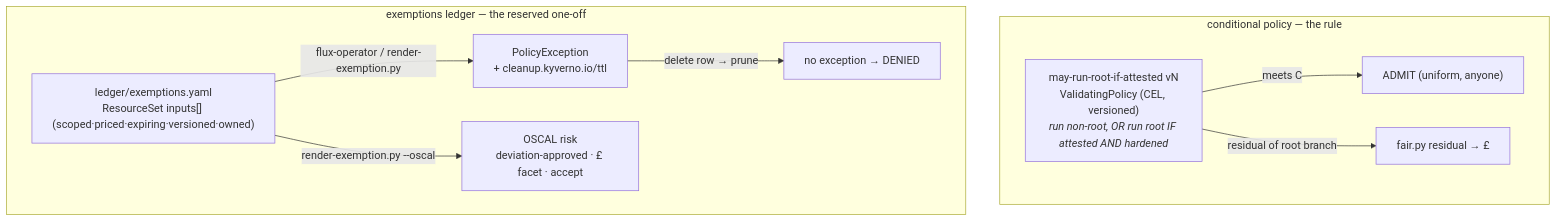
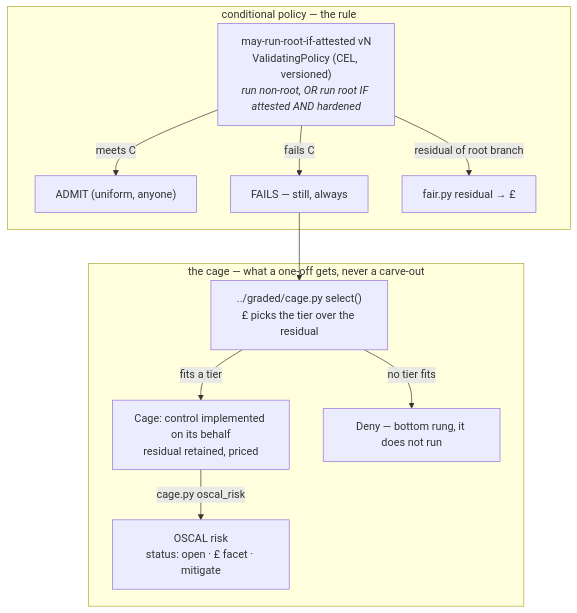
The diagram in policy/README.md (policy-as-versioned-platform/platform), drawn with Mermaid before and after one commit. The commit also changed other lines of this file and 14 other files, not shown here.

First line of the commit message:
Remove the exemption ledger; the cage produces its OSCAL risk (govern-05)

````diff
--- a/policy/README.md
+++ b/policy/README.md
@@ -12,14 +17,16 @@
 ```mermaid
 flowchart TB
     subgraph rule["conditional policy — the rule"]
       pol["may-run-root-if-attested vN<br/>ValidatingPolicy (CEL, versioned)<br/><i>run non-root, OR run root IF attested AND hardened</i>"]
       pol -->|meets C| admit["ADMIT (uniform, anyone)"]
+      pol -->|fails C| fail["FAILS — still, always"]
       pol -->|residual of root branch| gbp["fair.py residual → £"]
     end
-    subgraph led["exemptions ledger — the reserved one-off"]
-      row["ledger/exemptions.yaml<br/>ResourceSet inputs[] (scoped·priced·expiring·versioned·owned)"]
-      row -->|flux-operator / render-exemption.py| pe["PolicyException<br/>+ cleanup.kyverno.io/ttl"]
-      row -->|render-exemption.py --oscal| risk["OSCAL risk<br/>deviation-approved · £ facet · accept"]
-      pe -->|delete row → prune| gone["no exception → DENIED"]
+    subgraph cg["the cage — what a one-off gets, never a carve-out"]
+      sel["../graded/cage.py select()<br/>£ picks the tier over the residual"]
+      sel -->|fits a tier| caged["Cage: control implemented on its behalf<br/>residual retained, priced"]
+      sel -->|no tier fits| deny["Deny — bottom rung, it does not run"]
+      caged -->|cage.py oscal_risk| risk["OSCAL risk<br/>status: open · £ facet · mitigate"]
     end
+    fail --> sel
 ```
````
